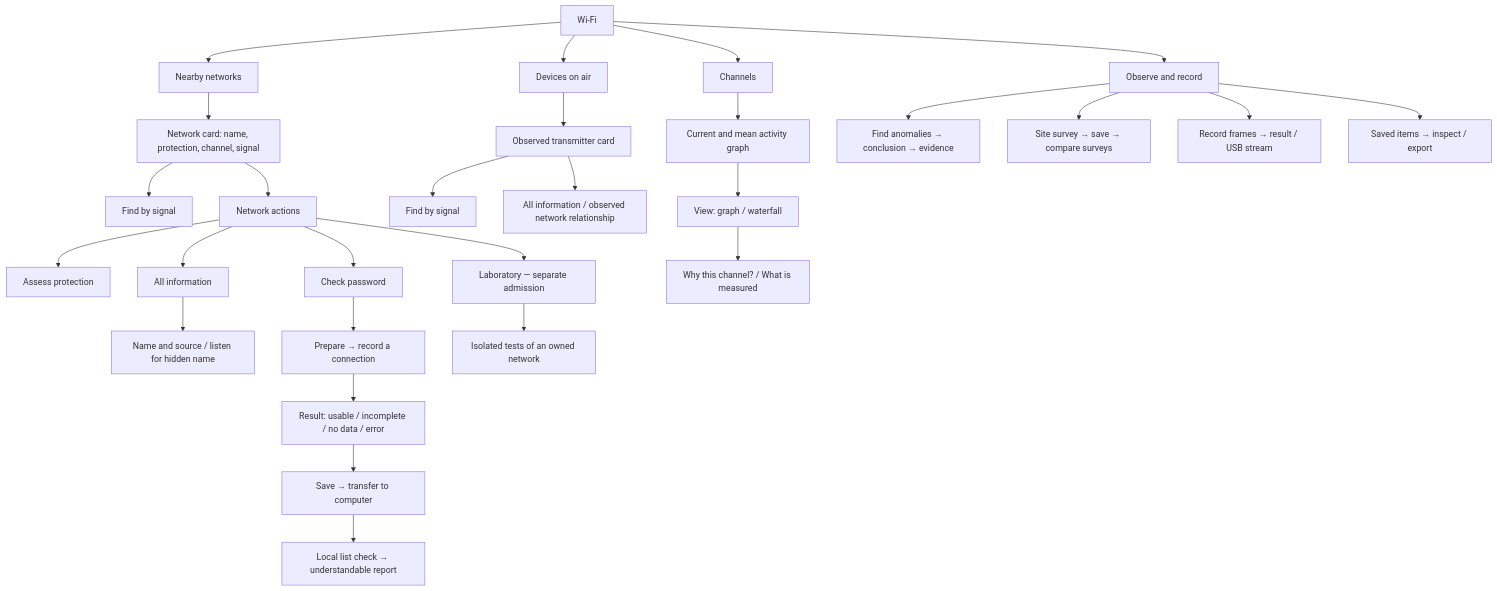
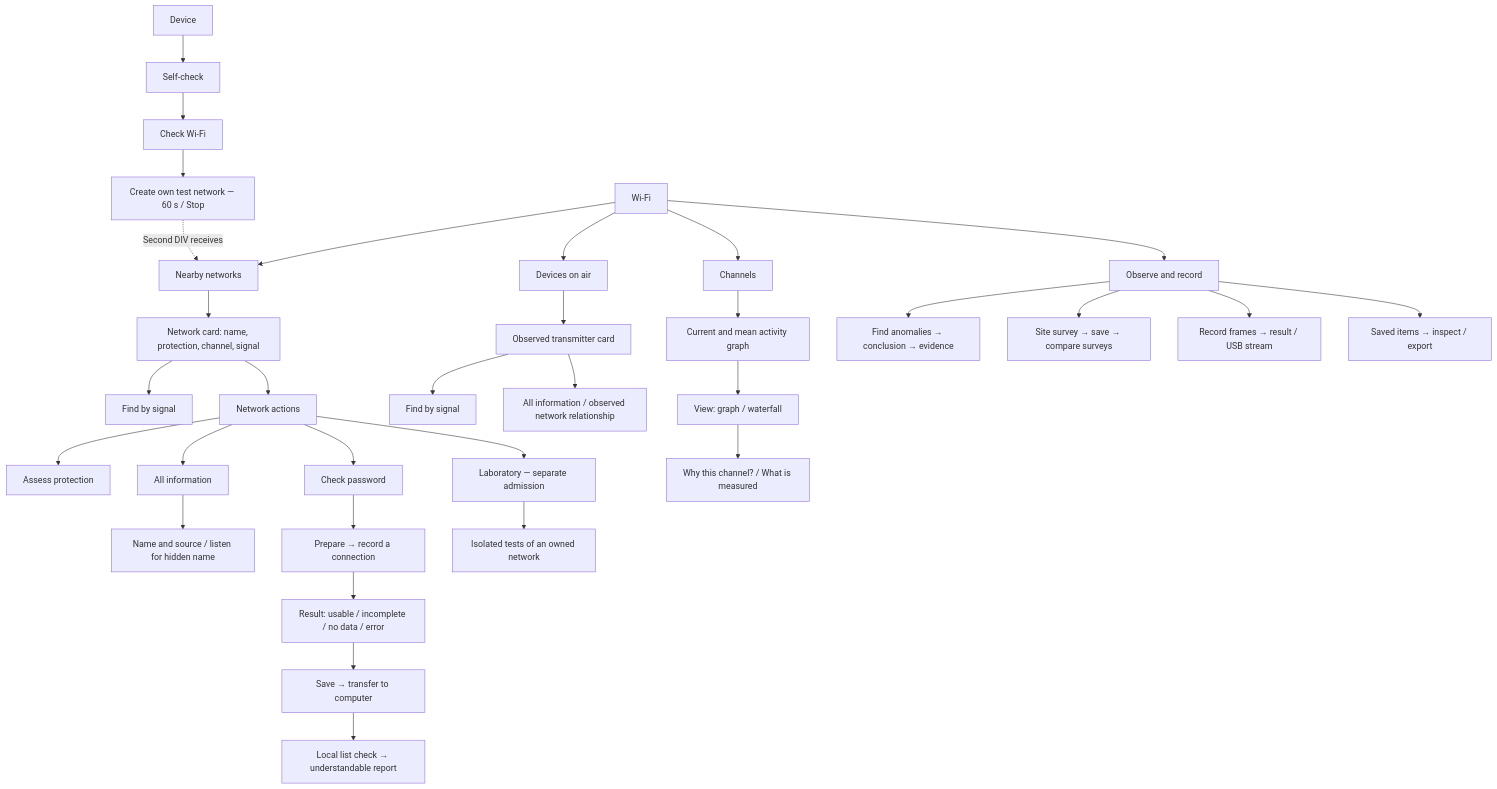
The diagram in docs/v1/WIFI_UX_MAP.md (anton-vinogradov/esp32-leshy), drawn with Mermaid before and after one commit. The commit also changed other lines of this file and 15 other files, not shown here.

Commit message:
test(wifi): accept ordinary two-DIV discovery and timed stop

````diff
--- a/docs/v1/WIFI_UX_MAP.md
+++ b/docs/v1/WIFI_UX_MAP.md
@@ -48,30 +58,33 @@
 ```mermaid
 flowchart TD
+    DEV["Device"] --> SELF["Self-check"] --> TEST["Check Wi-Fi"]
+    TEST --> START["Create own test network — 60 s / Stop"]
+    START -. "Second DIV receives" .-> N
     W["Wi-Fi"] --> N["Nearby networks"]
     W --> D["Devices on air"]
     W --> C["Channels"]
     W --> O["Observe and record"]
     N --> NC["Network card: name, protection, channel, signal"]
     NC --> NR["Find by signal"]
     NC --> A["Network actions"]
     A --> S["Assess protection"]
     A --> P["Check password"]
     A --> F["All information"]
     A --> L["Laboratory — separate admission"]
     F --> H["Name and source / listen for hidden name"]
     P --> PR["Prepare → record a connection"]
     PR --> R["Result: usable / incomplete / no data / error"]
     R --> X["Save → transfer to computer"]
     X --> PC["Local list check → understandable report"]
     D --> DC["Observed transmitter card"]
     DC --> DR["Find by signal"]
     DC --> DF["All information / observed network relationship"]
     C --> G["Current and mean activity graph"]
     G --> V["View: graph / waterfall"]
     V --> WHY["Why this channel? / What is measured"]
     O --> AN["Find anomalies → conclusion → evidence"]
     O --> SU["Site survey → save → compare surveys"]
     O --> CAP["Record frames → result / USB stream"]
     O --> LIB["Saved items → inspect / export"]
     L --> LAB["Isolated tests of an owned network"]
 ```
````
